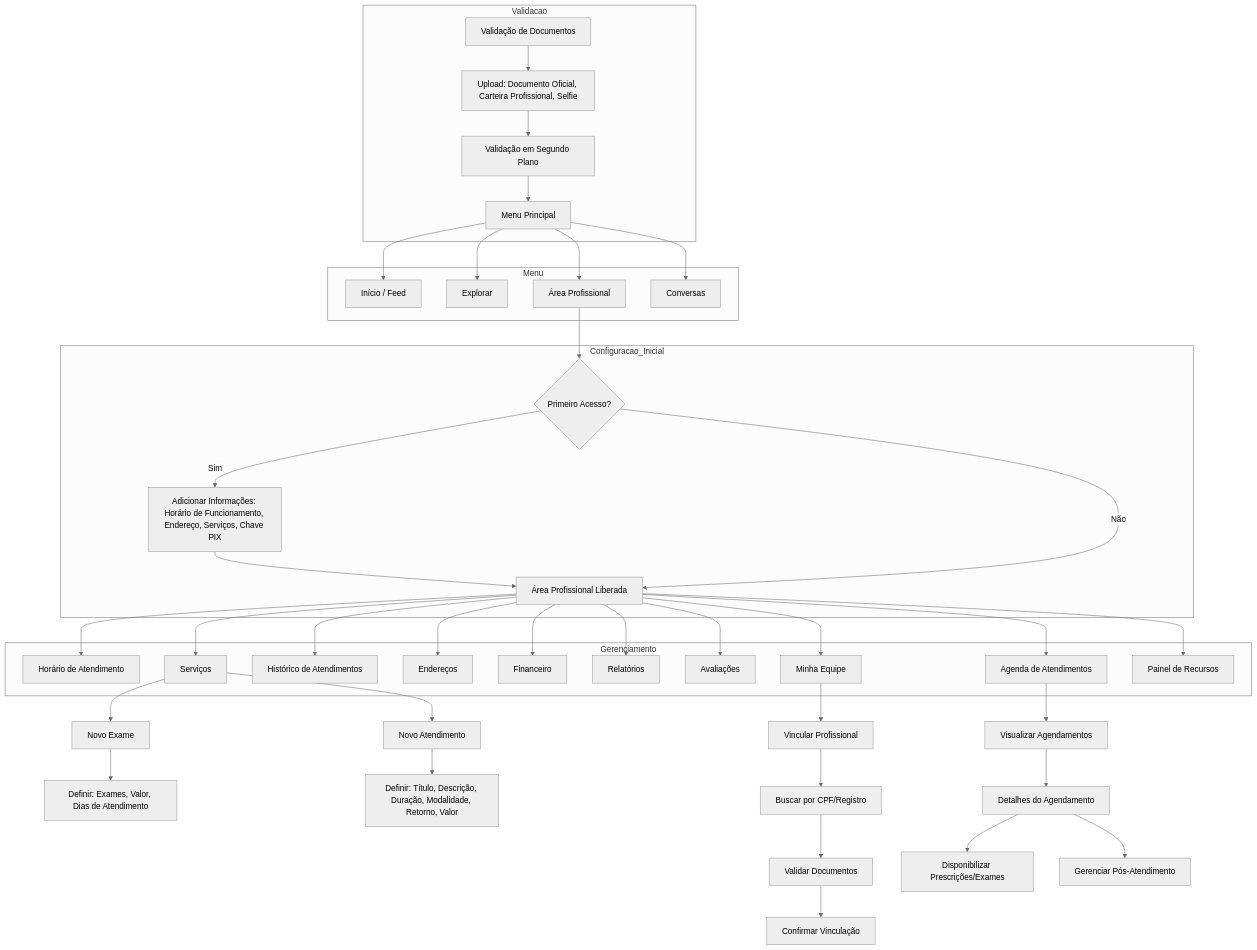
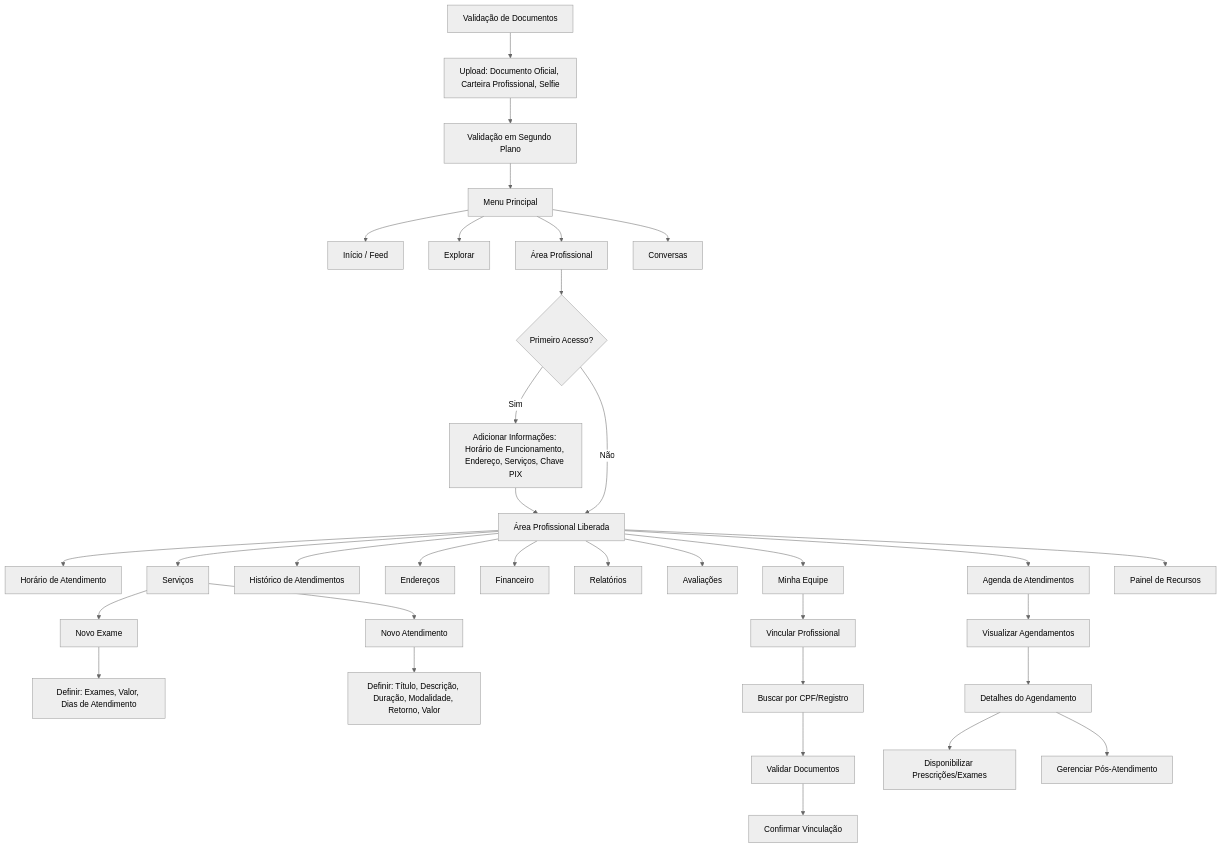
Before and after one commit to dev-tiagoandrade/diagramasisaude: the fourth of 4 diagrams in README.md, drawn with Mermaid (neutral theme).

````diff
--- a/README.md
+++ b/README.md
@@ -211,63 +211,23 @@
 ```mermaid
----
-config:
-  layout: dagre
----
 flowchart TD
-    %% PRIMEIRO ACESSO E VALIDAÇÃO
-    H[Validação de Documentos]
-    subgraph Validacao
-        H --> H1[Upload: Documento Oficial, Carteira Profissional, Selfie]
-        H1 --> H2[Validação em Segundo Plano]
-        H2 --> I[Menu Principal]
-    end
+    H["Validação de Documentos"] --> H1["Upload: Documento Oficial, Carteira Profissional, Selfie"]
+    H1 --> H2["Validação em Segundo Plano"]
+    H2 --> I["Menu Principal"]
+    I --> J["Início / Feed"] & K["Explorar"] & L["Área Profissional"] & M["Conversas"]
+    L --> N{"Primeiro Acesso?"}
+    N -- Sim --> O["Adicionar Informações: Horário de Funcionamento, Endereço, Serviços, Chave PIX"]
+    O --> P["Área Profissional Liberada"]
+    N -- Não --> P
+    P --> Q["Horário de Atendimento"] & R["Serviços"] & S["Histórico de Atendimentos"] & T["Endereços"] & U["Financeiro"] & V["Relatórios"] & W["Avaliações"] & X["Agenda de Atendimentos"] & Y["Minha Equipe"] & Z["Painel de Recursos"]
+    R --> R1["Novo Exame"] & R2["Novo Atendimento"]
+    R1 --> R11["Definir: Exames, Valor, Dias de Atendimento"]
+    R2 --> R21["Definir: Título, Descrição, Duração, Modalidade, Retorno, Valor"]
+    Y --> Y1["Vincular Profissional"]
+    Y1 --> Y11["Buscar por CPF/Registro"]
+    Y11 --> Y12["Validar Documentos"]
+    Y12 --> Y13["Confirmar Vinculação"]
+    X --> X1["Visualizar Agendamentos"]
+    X1 --> X11["Detalhes do Agendamento"]
+    X11 --> X12["Disponibilizar Prescrições/Exames"] & X13["Gerenciar Pós-Atendimento"]
 
-    %% MENU PRINCIPAL
-    subgraph Menu
-        I --> J[Início / Feed]
-        I --> K[Explorar]
-        I --> L[Área Profissional]
-        I --> M[Conversas]
-    end
-
-    %% ÁREA PROFISSIONAL - CONFIGURAÇÃO INICIAL
-    subgraph Configuracao_Inicial
-        L --> N{Primeiro Acesso?}
-        N -->|Sim| O["Adicionar Informações: Horário de Funcionamento, Endereço, Serviços, Chave PIX"]
-        O --> P[Área Profissional Liberada]
-        N -->|Não| P
-    end
-
-    %% ÁREA PROFISSIONAL - GERENCIAMENTO
-    subgraph Gerenciamento
-        P --> Q[Horário de Atendimento]
-        P --> R[Serviços]
-        P --> S[Histórico de Atendimentos]
-        P --> T[Endereços]
-        P --> U[Financeiro]
-        P --> V[Relatórios]
-        P --> W[Avaliações]
-        P --> X[Agenda de Atendimentos]
-        P --> Y[Minha Equipe]
-        P --> Z[Painel de Recursos]
-    end
-
-    %% SUBFLUXOS DETALHADOS
-    %% Serviços
-    R --> R1[Novo Exame]
-    R1 --> R11["Definir: Exames, Valor, Dias de Atendimento"]
-    R --> R2[Novo Atendimento]
-    R2 --> R21["Definir: Título, Descrição, Duração, Modalidade, Retorno, Valor"]
-
-    %% Minha Equipe
-    Y --> Y1[Vincular Profissional]
-    Y1 --> Y11[Buscar por CPF/Registro]
-    Y11 --> Y12[Validar Documentos]
-    Y12 --> Y13[Confirmar Vinculação]
-
-    %% Agenda
-    X --> X1[Visualizar Agendamentos]
-    X1 --> X11[Detalhes do Agendamento]
-    X11 --> X12[Disponibilizar Prescrições/Exames]
-    X11 --> X13[Gerenciar Pós-Atendimento]
 ```
````
